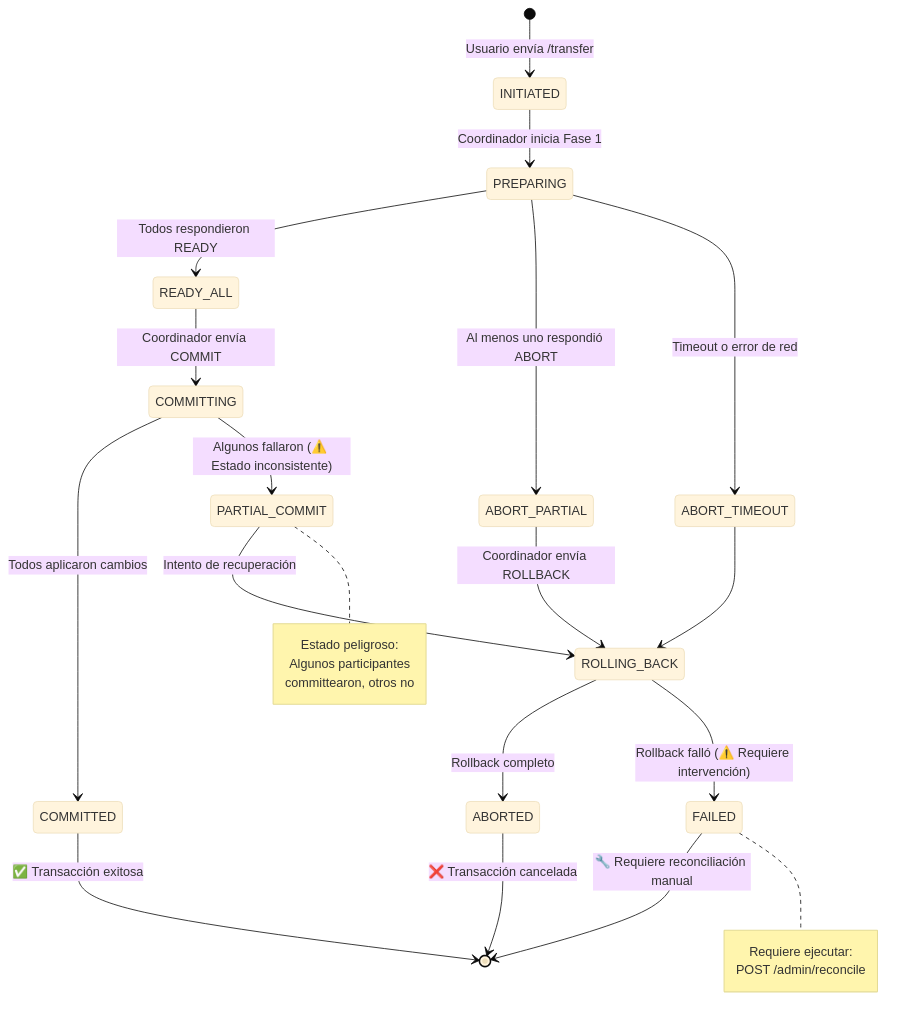
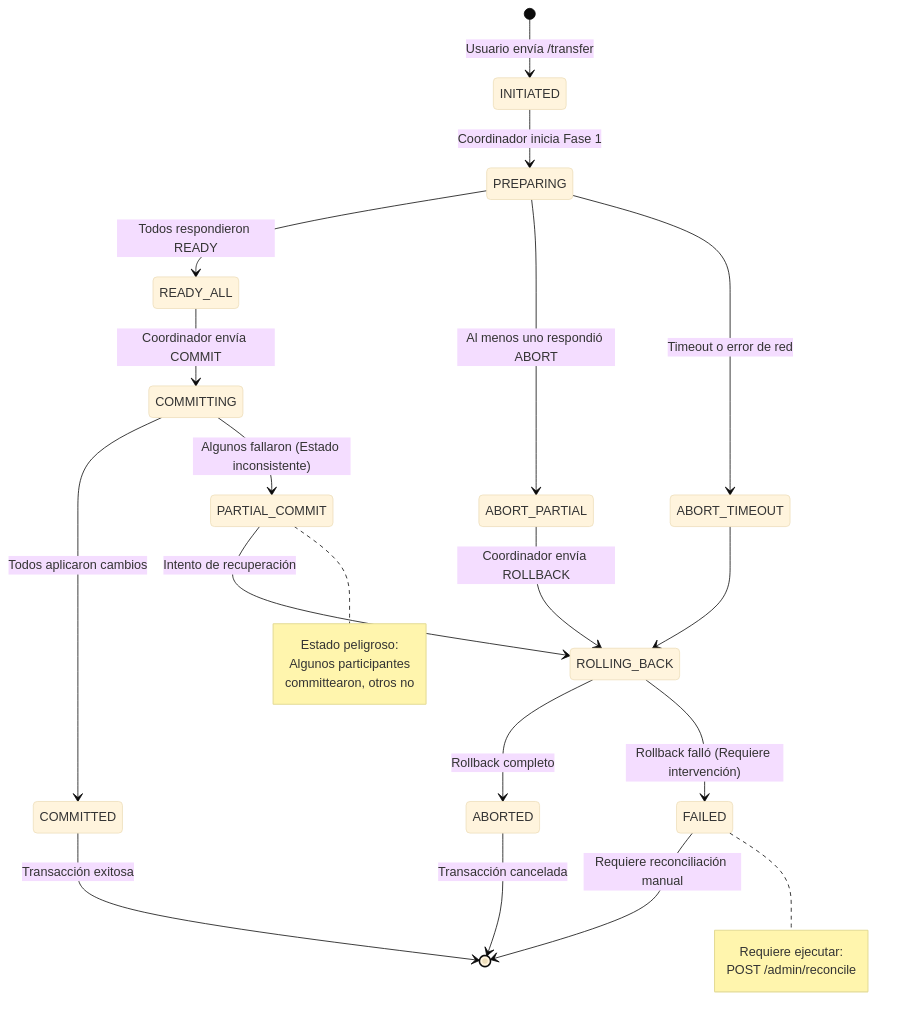
The fourth of 8 diagrams in README_DOCUMENTACION.md (axlprz/APIv2final), drawn with Mermaid (base theme) before and after one commit. The commit also changed other lines of this file, not shown here.

````diff
--- a/README_DOCUMENTACION.md
+++ b/README_DOCUMENTACION.md
@@ -304,37 +304,37 @@
 ```mermaid
 stateDiagram-v2
     [*] --> INITIATED: Usuario envía /transfer
     
     INITIATED --> PREPARING: Coordinador inicia Fase 1
     
     PREPARING --> READY_ALL: Todos respondieron READY
     PREPARING --> ABORT_PARTIAL: Al menos uno respondió ABORT
     PREPARING --> ABORT_TIMEOUT: Timeout o error de red
     
     READY_ALL --> COMMITTING: Coordinador envía COMMIT
     
     COMMITTING --> COMMITTED: Todos aplicaron cambios
-    COMMITTING --> PARTIAL_COMMIT: Algunos fallaron (⚠️ Estado inconsistente)
+    COMMITTING --> PARTIAL_COMMIT: Algunos fallaron (Estado inconsistente)
     
     ABORT_PARTIAL --> ROLLING_BACK: Coordinador envía ROLLBACK
     ABORT_TIMEOUT --> ROLLING_BACK
     PARTIAL_COMMIT --> ROLLING_BACK: Intento de recuperación
     
     ROLLING_BACK --> ABORTED: Rollback completo
-    ROLLING_BACK --> FAILED: Rollback falló (⚠️ Requiere intervención)
+    ROLLING_BACK --> FAILED: Rollback falló (Requiere intervención)
     
-    COMMITTED --> [*]: ✅ Transacción exitosa
-    ABORTED --> [*]: ❌ Transacción cancelada
-    FAILED --> [*]: 🔧 Requiere reconciliación manual
+    COMMITTED --> [*]: Transacción exitosa
+    ABORTED --> [*]: Transacción cancelada
+    FAILED --> [*]: Requiere reconciliación manual
     
     note right of PARTIAL_COMMIT
         Estado peligroso:
         Algunos participantes
         committearon, otros no
     end note
     
     note right of FAILED
         Requiere ejecutar:
         POST /admin/reconcile
     end note
 ```
````
